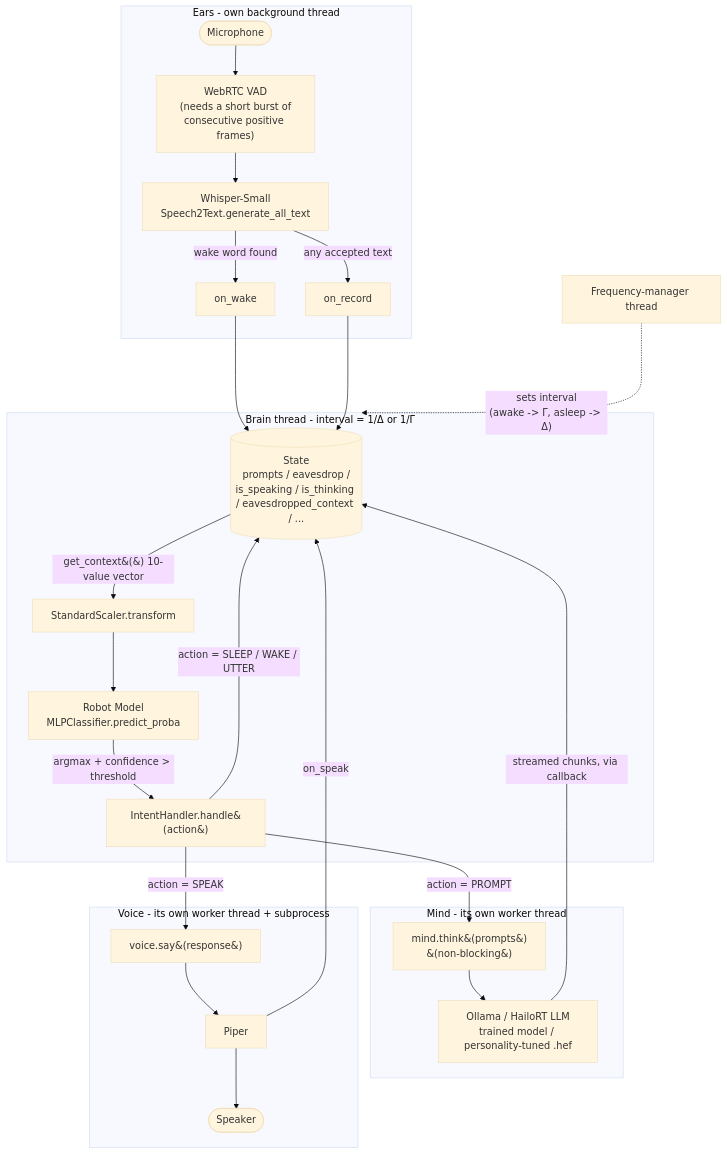
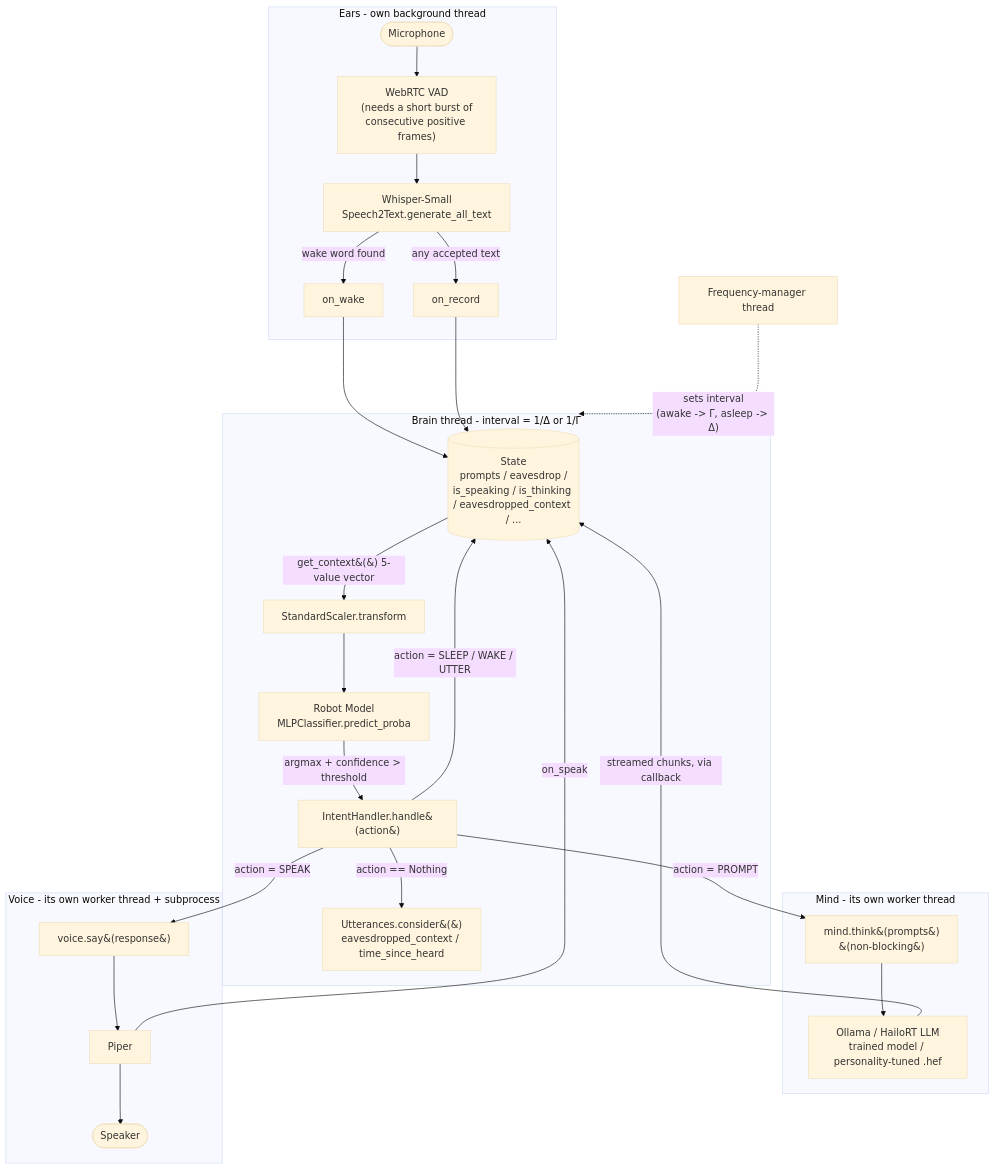
One commit to Bielousov/robot changed the second of 2 diagrams in src/models/README.md. Above: the diagram before and after it, drawn with Mermaid (base theme). The commit also changed other lines of this file and 7 other files, not shown here.

````diff
--- a/src/models/README.md
+++ b/src/models/README.md
@@ -39,35 +39,36 @@
 ```mermaid
 flowchart TB
     subgraph Ears["Ears - own background thread"]
         MIC(["Microphone"]) --> GATE["WebRTC VAD\n(needs a short burst of\nconsecutive positive frames)"]
         GATE --> S2T["Whisper-Small\nSpeech2Text.generate_all_text"]
         S2T -->|wake word found| ON_WAKE["on_wake"]
         S2T -->|any accepted text| ON_RECORD["on_record"]
     end
 
     ON_WAKE --> STATE
     ON_RECORD --> STATE[("State\nprompts / eavesdrop /\nis_speaking / is_thinking / eavesdropped_context / ...")]
 
     subgraph Brain["Brain thread - interval = 1/&Delta; or 1/&Gamma;"]
-        STATE -->|get_context&#40;&#41; 10-value vector| SCALE["StandardScaler.transform"]
+        STATE -->|get_context&#40;&#41; 5-value vector| SCALE["StandardScaler.transform"]
         SCALE --> MLP["Robot Model\nMLPClassifier.predict_proba"]
         MLP -->|argmax + confidence &gt; threshold| INTENT["IntentHandler.handle&#40;action&#41;"]
+        INTENT -->|action == Nothing| UTTER["Utterances.consider&#40;&#41;\neavesdropped_context / time_since_heard"]
     end
 
     FREQ["Frequency-manager thread"] -. "sets interval\n(awake -> &Gamma;, asleep -> &Delta;)" .-> Brain
 
     INTENT -->|action = PROMPT| MIND_CALL["mind.think&#40;prompts&#41;\n&#40;non-blocking&#41;"]
     INTENT -->|action = SPEAK| VOICE_CALL["voice.say&#40;response&#41;"]
     INTENT -->|action = SLEEP / WAKE / UTTER| STATE
 
     subgraph Mind["Mind - its own worker thread"]
         MIND_CALL --> LLM["Ollama / HailoRT LLM\ntrained model / personality-tuned .hef"]
         LLM -->|streamed chunks, via callback| STATE
     end
 
     subgraph Voice["Voice - its own worker thread + subprocess"]
         VOICE_CALL --> TTS["Piper"]
         TTS --> SPEAKER(["Speaker"])
         TTS -->|on_speak| STATE
     end
 ```
````
